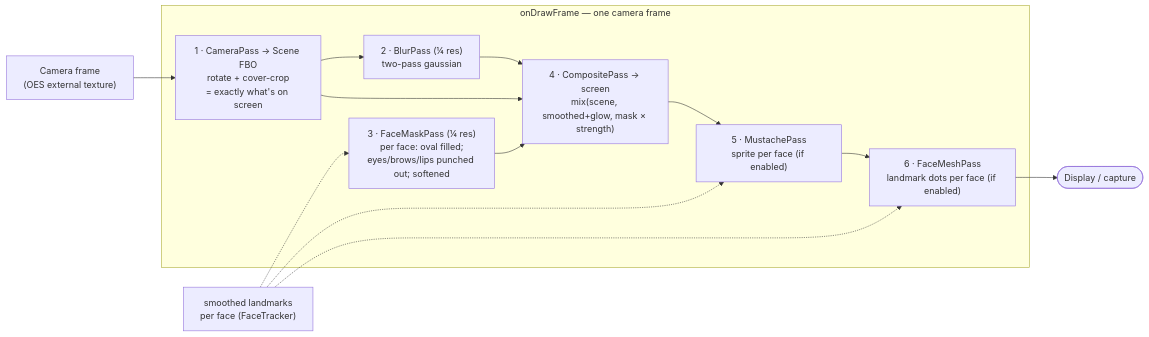
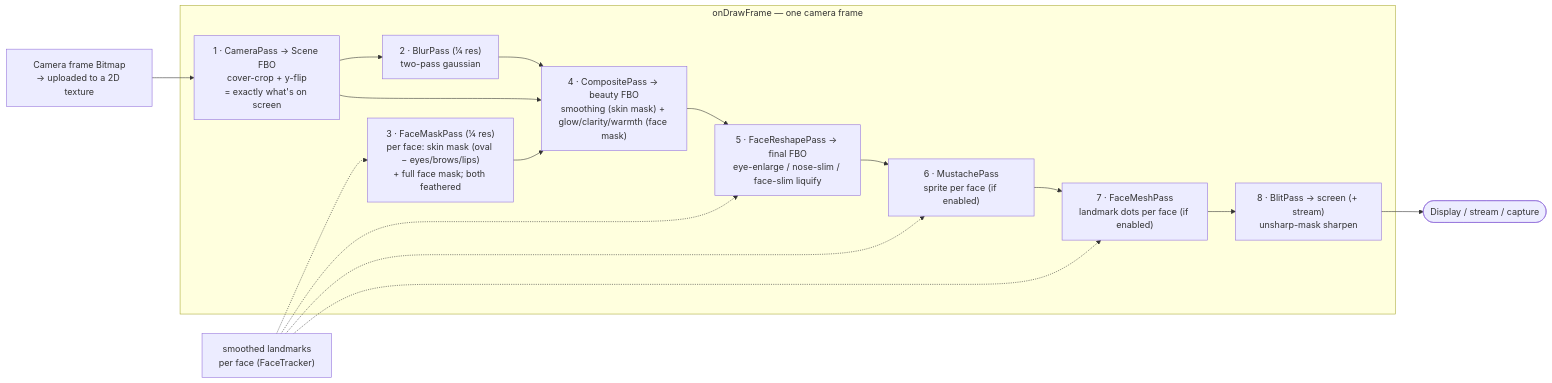
The third of 5 diagrams in docs/ARCHITECTURE.md (abdurahmon27/filter-cam), drawn with Mermaid before and after one commit. The commit also changed other lines of this file and 22 other files, not shown here.

First line of the commit message:
feat: Enhance beauty filter features with nose and face slimming adjustments

````diff
--- a/docs/ARCHITECTURE.md
+++ b/docs/ARCHITECTURE.md
@@ -134,22 +142,25 @@
 ```mermaid
 flowchart LR
-    OES["Camera frame<br/>(OES external texture)"] --> Scene
+    Tex["Camera frame Bitmap<br/>→ uploaded to a 2D texture"] --> Scene
 
     subgraph Frame["onDrawFrame — one camera frame"]
-        Scene["1 · CameraPass → Scene FBO<br/>rotate + cover-crop<br/>= exactly what's on screen"]
+        Scene["1 · CameraPass → Scene FBO<br/>cover-crop + y-flip<br/>= exactly what's on screen"]
         Blur["2 · BlurPass (¼ res)<br/>two-pass gaussian"]
-        Mask["3 · FaceMaskPass (¼ res)<br/>per face: oval filled;<br/>eyes/brows/lips punched out; softened"]
-        Comp["4 · CompositePass → screen<br/>mix(scene, smoothed+glow, mask × strength)"]
-        Sprite["5 · MustachePass<br/>sprite per face (if enabled)"]
-        Dots["6 · FaceMeshPass<br/>landmark dots per face (if enabled)"]
+        Mask["3 · FaceMaskPass (¼ res)<br/>per face: skin mask (oval − eyes/brows/lips)<br/>+ full face mask; both feathered"]
+        Comp["4 · CompositePass → beauty FBO<br/>smoothing (skin mask) + glow/clarity/warmth (face mask)"]
+        Reshape["5 · FaceReshapePass → final FBO<br/>eye-enlarge / nose-slim / face-slim liquify"]
+        Sprite["6 · MustachePass<br/>sprite per face (if enabled)"]
+        Dots["7 · FaceMeshPass<br/>landmark dots per face (if enabled)"]
+        Blit["8 · BlitPass → screen (+ stream)<br/>unsharp-mask sharpen"]
     end
 
     Scene --> Blur --> Comp
     Scene --> Comp
     Mask --> Comp
-    Comp --> Sprite --> Dots --> Out([Display / capture])
+    Comp --> Reshape --> Sprite --> Dots --> Blit --> Out([Display / stream / capture])
 
     LM["smoothed landmarks<br/>per face (FaceTracker)"] -.-> Mask
+    LM -.-> Reshape
     LM -.-> Sprite
     LM -.-> Dots
 ```
````
